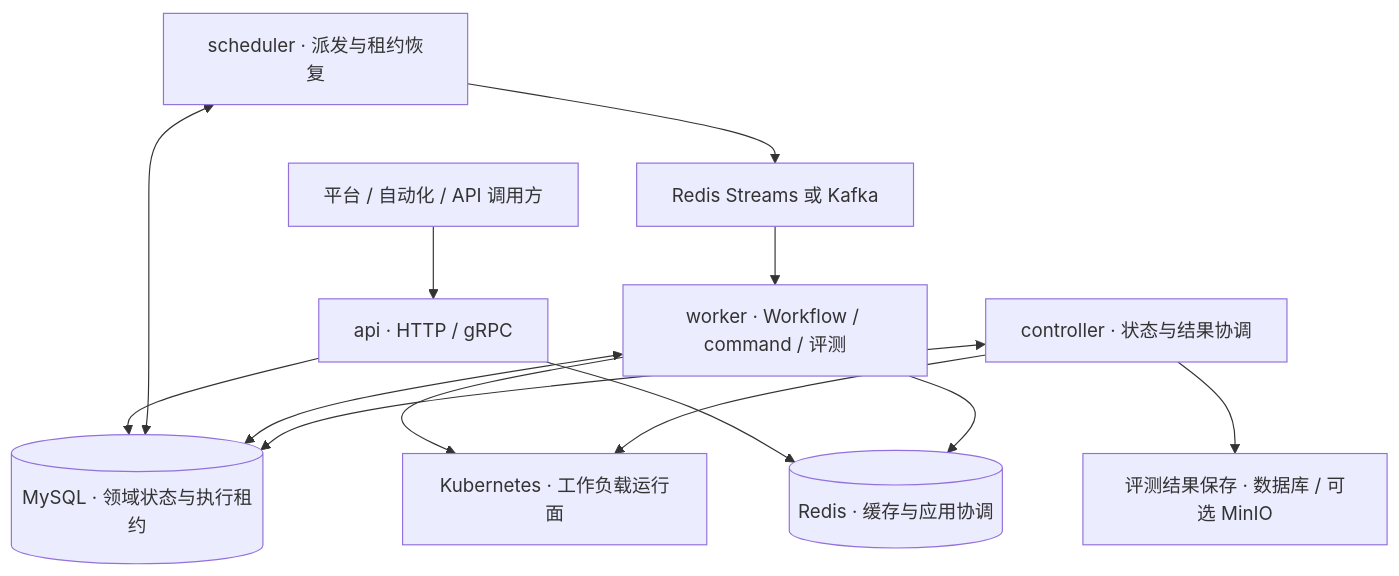
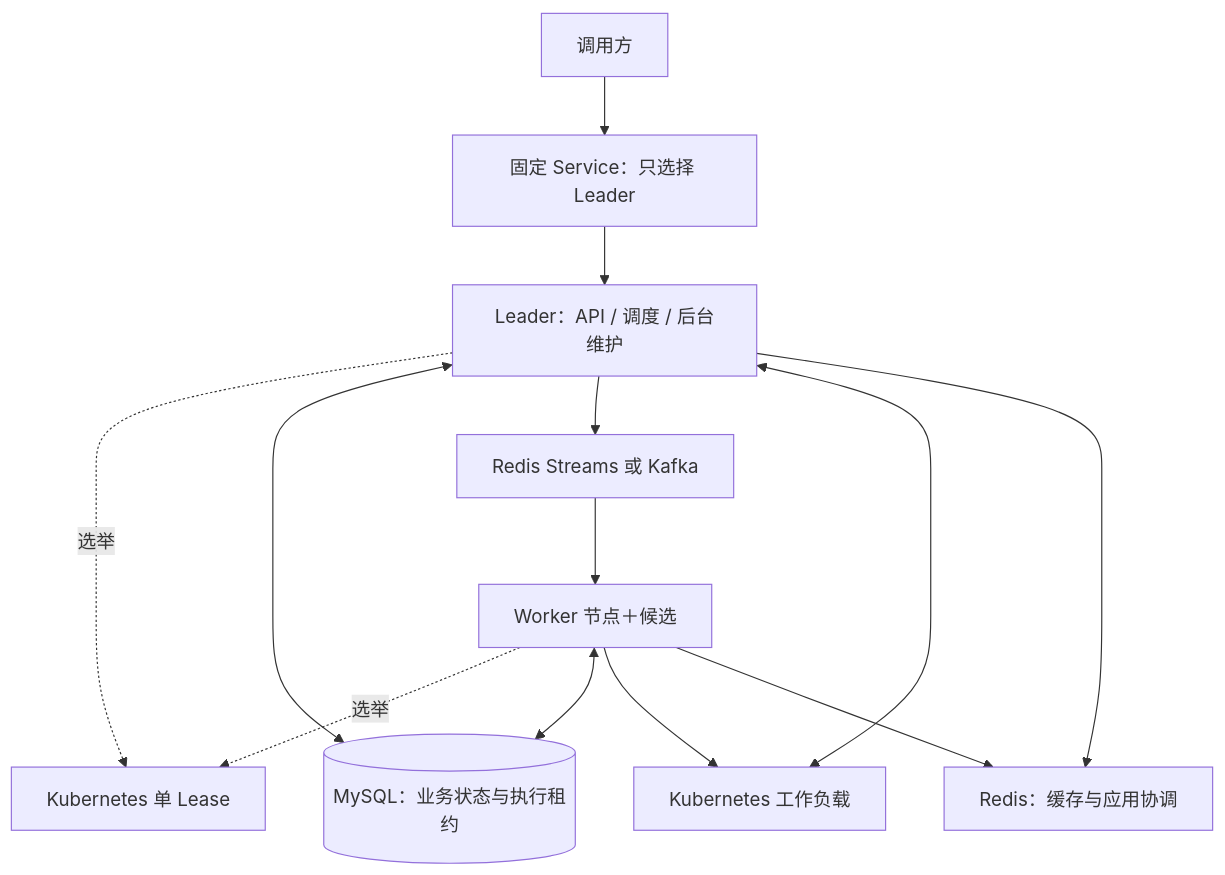
The diagram in README_zh.md (PixelCores/Eruun), drawn with Mermaid before and after one commit. The commit also changed other lines of this file and 123 other files, not shown here.

First line of the commit message:
feat: 统一 Leader/Worker 运行时并加固分布式恢复 (#139)

````diff
--- a/README_zh.md
+++ b/README_zh.md
@@ -87,15 +87,15 @@
 ```mermaid
 flowchart TB
-    Client["平台 / 自动化 / API 调用方"] --> API["api · HTTP / gRPC"]
-    API --> DB[("MySQL · 领域状态与执行租约")]
-    Scheduler["scheduler · 派发与租约恢复"] <--> DB
-    Scheduler --> Queue["Redis Streams 或 Kafka"]
-    Queue --> Worker["worker · Workflow / command / 评测"]
+    Client[调用方] --> Service[固定 Service：只选择 Leader]
+    Service --> Leader[Leader：API / 调度 / 后台维护]
+    Leader -. 选举 .-> Lease[Kubernetes 单 Lease]
+    Worker[Worker 节点＋候选] -. 选举 .-> Lease
+    Leader <--> DB[(MySQL：业务状态与执行租约)]
+    Leader --> Queue[Redis Streams 或 Kafka]
+    Queue --> Worker
     Worker <--> DB
-    Worker --> K8s["Kubernetes · 工作负载运行面"]
-    Controller["controller · 状态与结果协调"] --> K8s
-    Controller <--> DB
-    Controller --> Results["评测结果保存 · 数据库 / 可选 MinIO"]
-    API --> Redis[("Redis · 缓存与应用协调")]
+    Worker --> K8s[Kubernetes 工作负载]
+    Leader <--> K8s
+    Leader --> Redis[Redis：缓存与应用协调]
     Worker --> Redis
 ```
````
